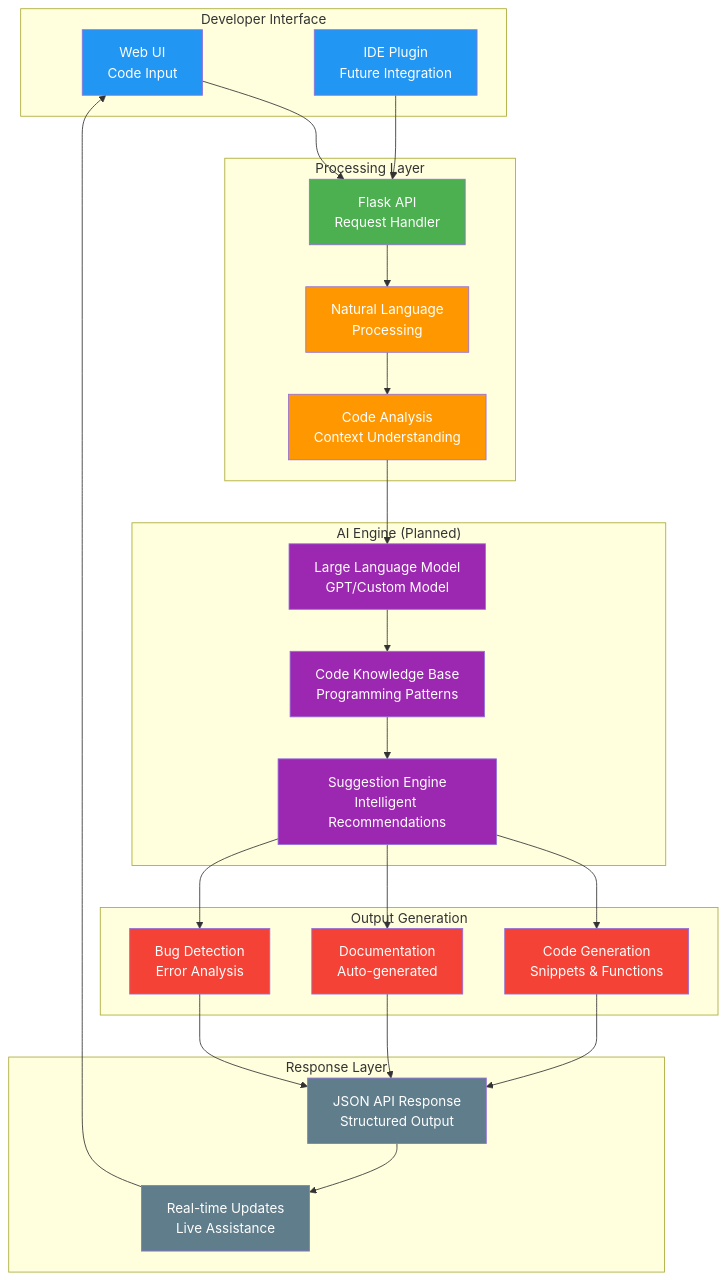
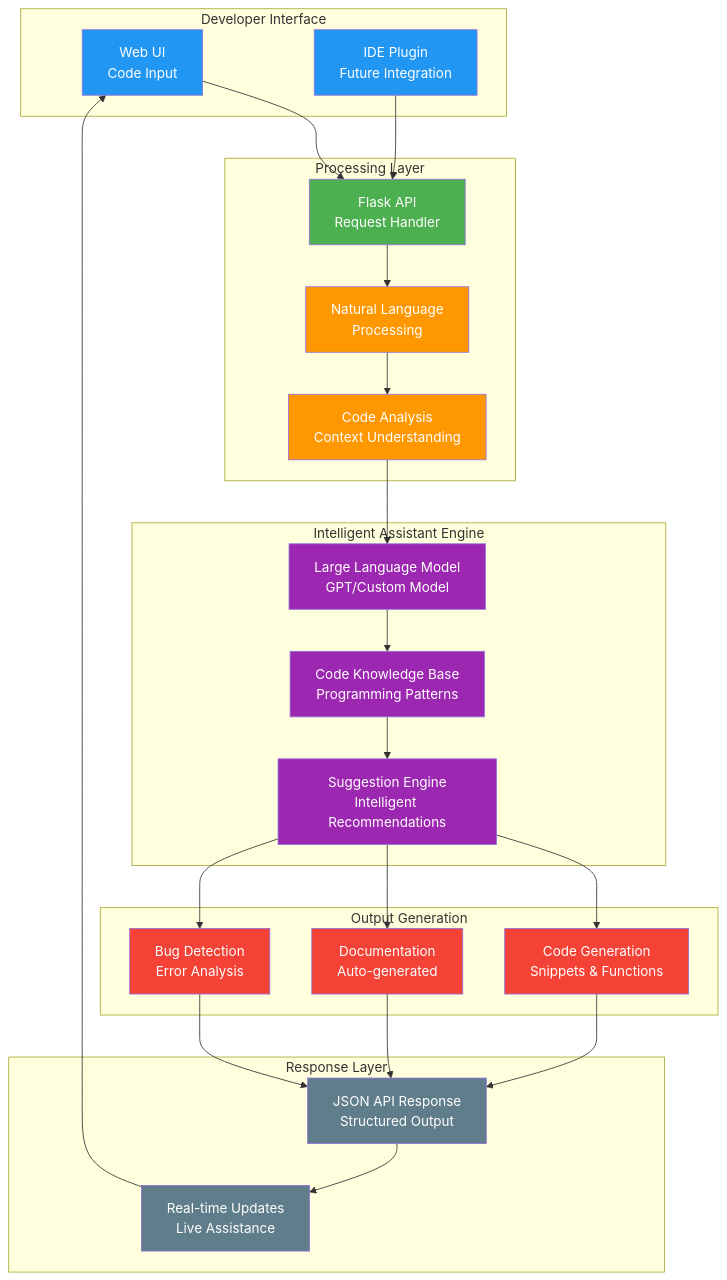
One commit to galafis/AI-Code-Assistant changed the diagram in concept-flow.mmd. Above: the diagram before and after it, drawn with Mermaid. The commit also changed 16 other files, not shown here.

```diff
--- a/concept-flow.mmd
+++ b/concept-flow.mmd
@@ -1,58 +1,58 @@
 graph TD
     subgraph "Developer Interface"
         A[Web UI<br/>Code Input]
         B[IDE Plugin<br/>Future Integration]
     end
 
     subgraph "Processing Layer"
         C[Flask API<br/>Request Handler]
         D[Natural Language<br/>Processing]
         E[Code Analysis<br/>Context Understanding]
     end
 
-    subgraph "AI Engine (Planned)"
+    subgraph "Intelligent Assistant Engine"
         F[Large Language Model<br/>GPT/Custom Model]
         G[Code Knowledge Base<br/>Programming Patterns]
         H[Suggestion Engine<br/>Intelligent Recommendations]
     end
 
     subgraph "Output Generation"
         I[Code Generation<br/>Snippets & Functions]
         J[Documentation<br/>Auto-generated]
         K[Bug Detection<br/>Error Analysis]
     end
 
     subgraph "Response Layer"
         L[JSON API Response<br/>Structured Output]
         M[Real-time Updates<br/>Live Assistance]
     end
 
     A --> C
     B --> C
     C --> D
     D --> E
     E --> F
     F --> G
     G --> H
     H --> I
     H --> J
     H --> K
     I --> L
     J --> L
     K --> L
     L --> M
     M --> A
 
     style A fill:#2196F3,color:#fff
     style B fill:#2196F3,color:#fff
     style C fill:#4CAF50,color:#fff
     style D fill:#FF9800,color:#fff
     style E fill:#FF9800,color:#fff
     style F fill:#9C27B0,color:#fff
     style G fill:#9C27B0,color:#fff
     style H fill:#9C27B0,color:#fff
     style I fill:#F44336,color:#fff
     style J fill:#F44336,color:#fff
     style K fill:#F44336,color:#fff
     style L fill:#607D8B,color:#fff
     style M fill:#607D8B,color:#fff
```
